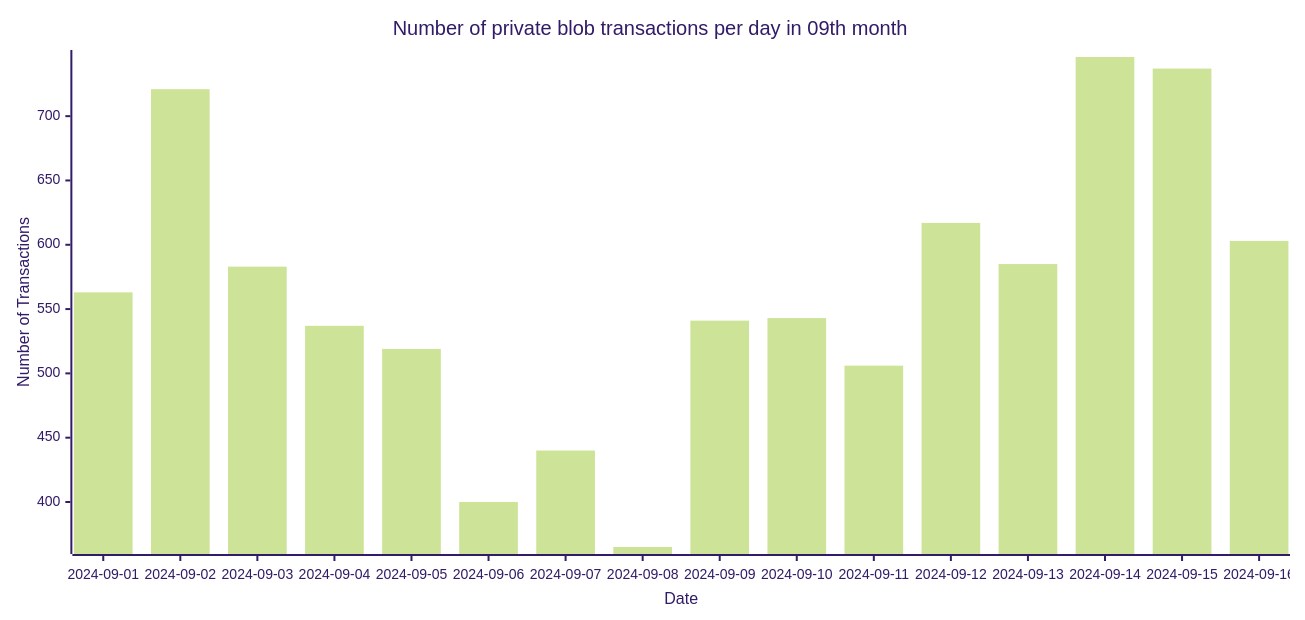
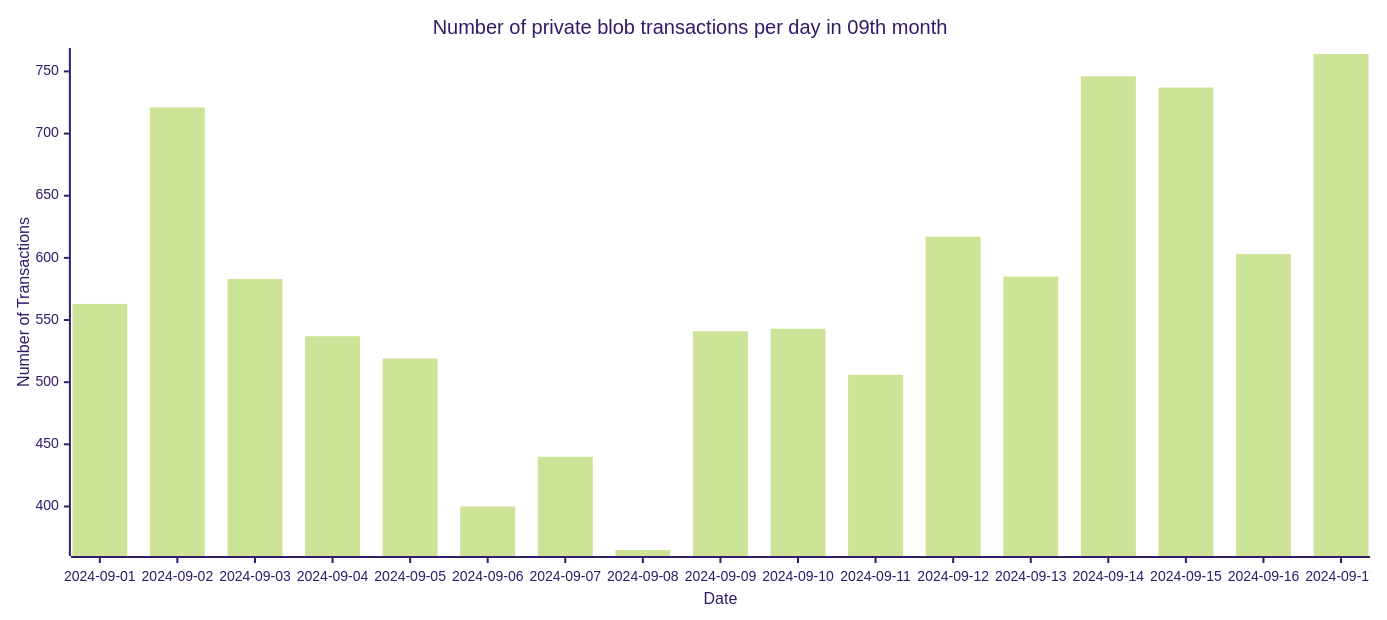
One commit to Amit0617/eip4844-data changed the seventh of 7 diagrams in README.md. Above: the diagram before and after it, drawn with Mermaid (forest theme). The commit also changed 1 other file, not shown here.

````diff
--- a/README.md
+++ b/README.md
@@ -79,12 +79,12 @@
 ```mermaid
 ---
 config:
     xyChart:
-        width: 1280
+        width: 1360
         height: 600
 ---
 xychart-beta title "Number of private blob transactions per day in 09th month"
-x-axis "Date" [2024-09-01,2024-09-02,2024-09-03,2024-09-04,2024-09-05,2024-09-06,2024-09-07,2024-09-08,2024-09-09,2024-09-10,2024-09-11,2024-09-12,2024-09-13,2024-09-14,2024-09-15,2024-09-16]
+x-axis "Date" [2024-09-01,2024-09-02,2024-09-03,2024-09-04,2024-09-05,2024-09-06,2024-09-07,2024-09-08,2024-09-09,2024-09-10,2024-09-11,2024-09-12,2024-09-13,2024-09-14,2024-09-15,2024-09-16,2024-09-17]
 y-axis "Number of Transactions"
-bar[563,721,583,537,519,400,440,365,541,543,506,617,585,746,737,603]
+bar[563,721,583,537,519,400,440,365,541,543,506,617,585,746,737,603,764]
 ```
````
